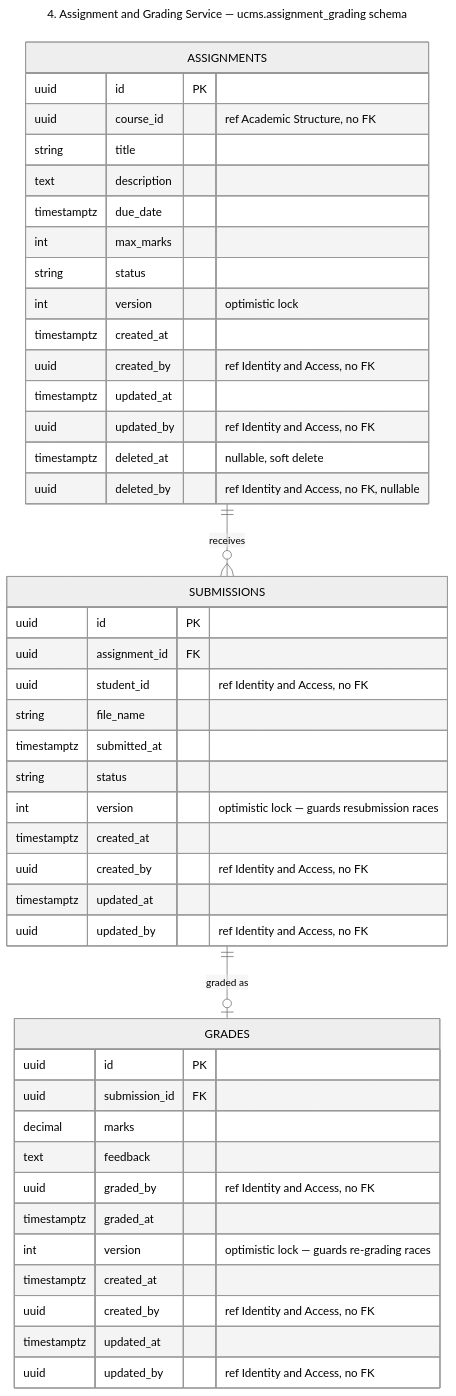
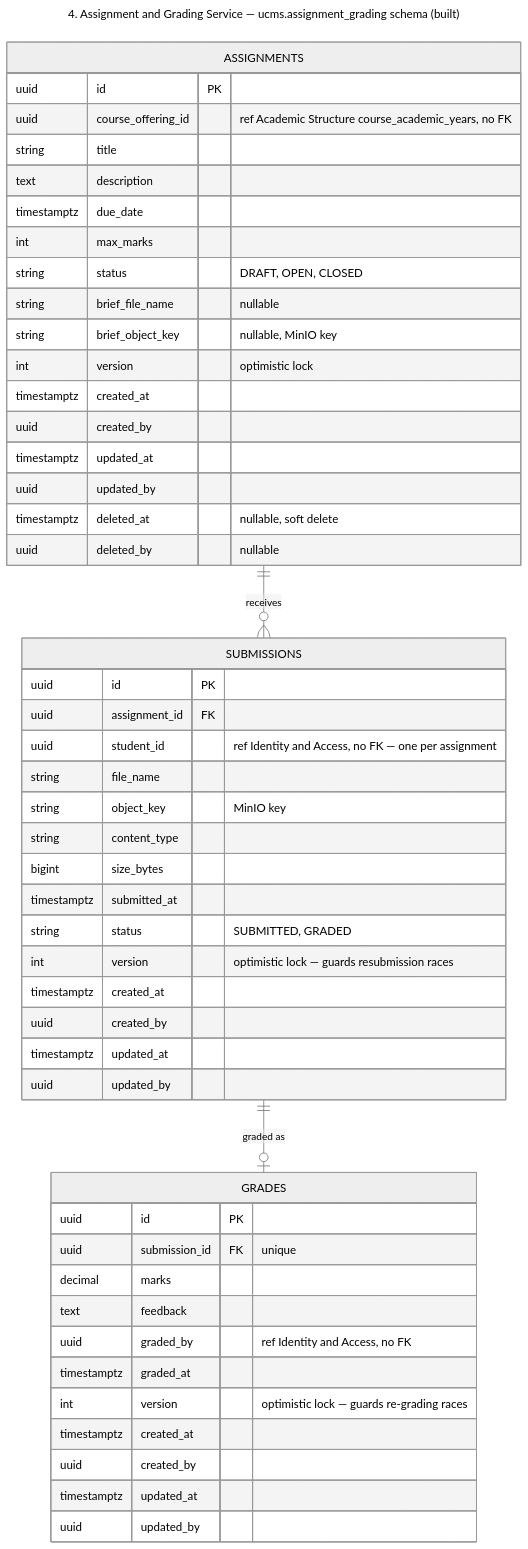
The diagram in docs/architecture/tables-04-assignment-grading.mmd (ESD-ONE/University-Course-Management-System), drawn with Mermaid (neutral theme) before and after one commit. The commit also changed 543 other files, not shown here.

```diff
--- a/docs/architecture/tables-04-assignment-grading.mmd
+++ b/docs/architecture/tables-04-assignment-grading.mmd
@@ -1,49 +1,54 @@
 ---
-title: 4. Assignment and Grading Service — ucms.assignment_grading schema
+title: 4. Assignment and Grading Service — ucms.assignment_grading schema (built)
 ---
 erDiagram
     ASSIGNMENTS {
         uuid id PK
-        uuid course_id "ref Academic Structure, no FK"
+        uuid course_offering_id "ref Academic Structure course_academic_years, no FK"
         string title
         text description
         timestamptz due_date
         int max_marks
-        string status
+        string status "DRAFT, OPEN, CLOSED"
+        string brief_file_name "nullable"
+        string brief_object_key "nullable, MinIO key"
         int version "optimistic lock"
         timestamptz created_at
-        uuid created_by "ref Identity and Access, no FK"
+        uuid created_by
         timestamptz updated_at
-        uuid updated_by "ref Identity and Access, no FK"
+        uuid updated_by
         timestamptz deleted_at "nullable, soft delete"
-        uuid deleted_by "ref Identity and Access, no FK, nullable"
+        uuid deleted_by "nullable"
     }
     SUBMISSIONS {
         uuid id PK
         uuid assignment_id FK
-        uuid student_id "ref Identity and Access, no FK"
+        uuid student_id "ref Identity and Access, no FK — one per assignment"
         string file_name
+        string object_key "MinIO key"
+        string content_type
+        bigint size_bytes
         timestamptz submitted_at
-        string status
+        string status "SUBMITTED, GRADED"
         int version "optimistic lock — guards resubmission races"
         timestamptz created_at
-        uuid created_by "ref Identity and Access, no FK"
+        uuid created_by
         timestamptz updated_at
-        uuid updated_by "ref Identity and Access, no FK"
+        uuid updated_by
     }
     GRADES {
         uuid id PK
-        uuid submission_id FK
+        uuid submission_id FK "unique"
         decimal marks
         text feedback
         uuid graded_by "ref Identity and Access, no FK"
         timestamptz graded_at
         int version "optimistic lock — guards re-grading races"
         timestamptz created_at
-        uuid created_by "ref Identity and Access, no FK"
+        uuid created_by
         timestamptz updated_at
-        uuid updated_by "ref Identity and Access, no FK"
+        uuid updated_by
     }
 
     ASSIGNMENTS ||--o{ SUBMISSIONS : "receives"
     SUBMISSIONS ||--o| GRADES : "graded as"
```
